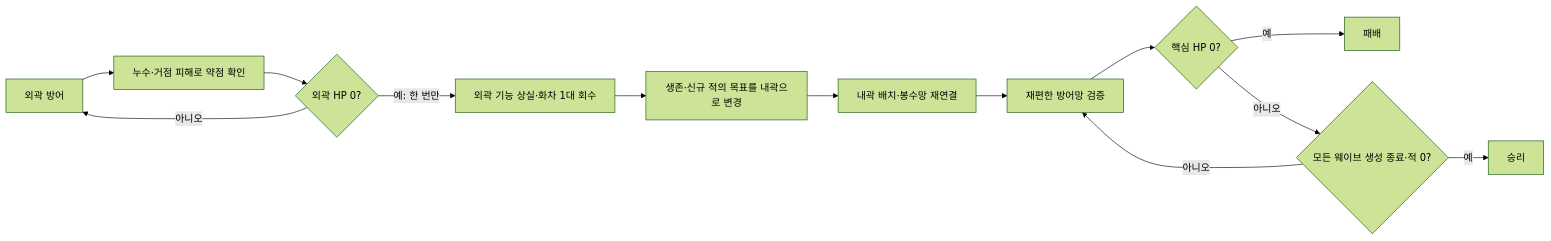
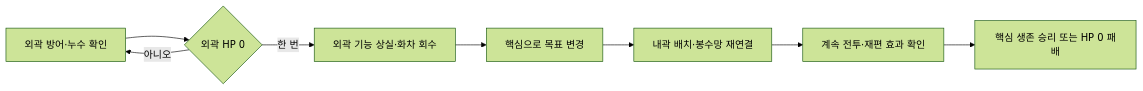
Before and after one commit to darkrunar/hanyang-defense: the diagram in backlog/WP-003.md, drawn with Mermaid (forest theme). The commit also changed other lines of this file and 5 other files, not shown here.

````diff
--- a/backlog/WP-003.md
+++ b/backlog/WP-003.md
@@ -22,15 +17,10 @@
 ```mermaid
 flowchart LR
-  A[외곽 방어] --> B[누수·거점 피해로 약점 확인]
-  B --> C{외곽 HP 0?}
-  C -->|아니오| A
-  C -->|예: 한 번만| D[외곽 기능 상실·화차 1대 회수]
-  D --> E[생존·신규 적의 목표를 내곽으로 변경]
-  E --> F[내곽 배치·봉수망 재연결]
-  F --> G[재편한 방어망 검증]
-  G --> H{핵심 HP 0?}
-  H -->|예| I[패배]
-  H -->|아니오| J{모든 웨이브 생성 종료·적 0?}
-  J -->|예| K[승리]
-  J -->|아니오| G
+  A[외곽 방어·누수 확인] --> B{외곽 HP 0}
+  B -->|아니오| A
+  B -->|한 번| C[외곽 기능 상실·화차 회수]
+  C --> D[핵심으로 목표 변경]
+  D --> E[내곽 배치·봉수망 재연결]
+  E --> F[계속 전투·재편 효과 확인]
+  F --> G[핵심 생존 승리 또는 HP 0 패배]
 ```
````
